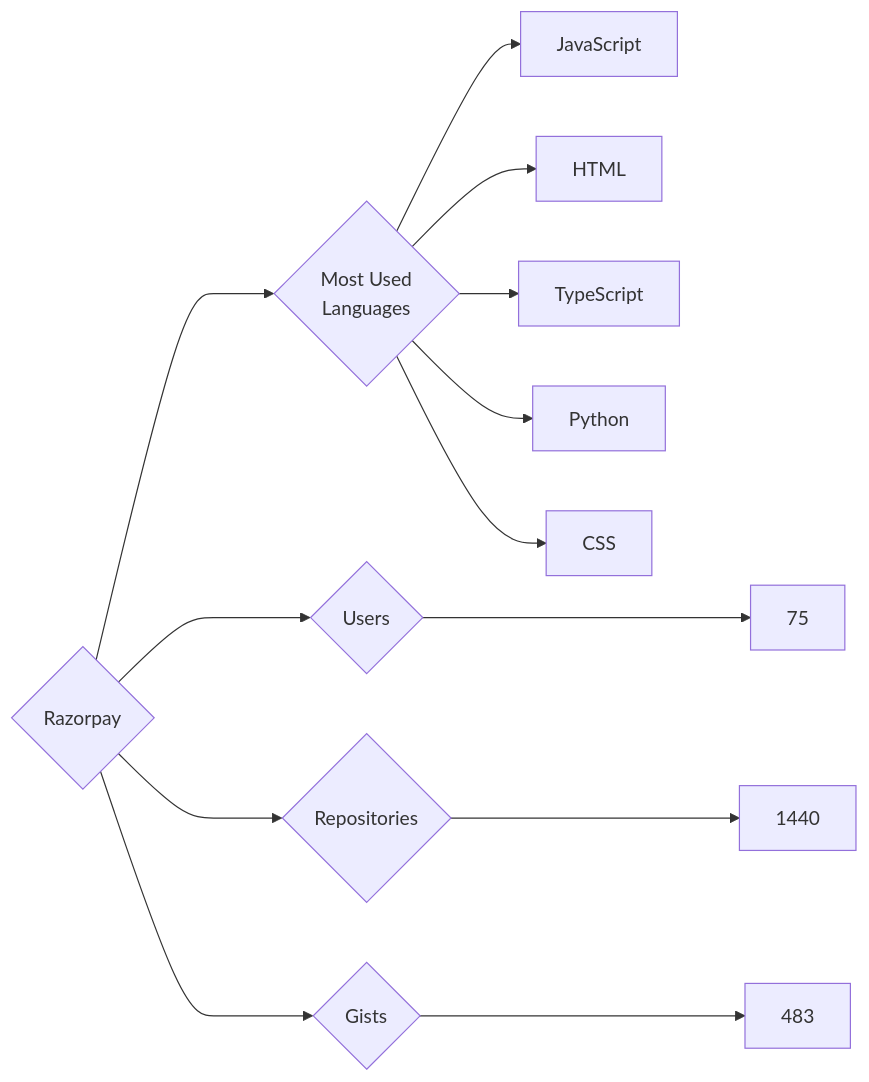
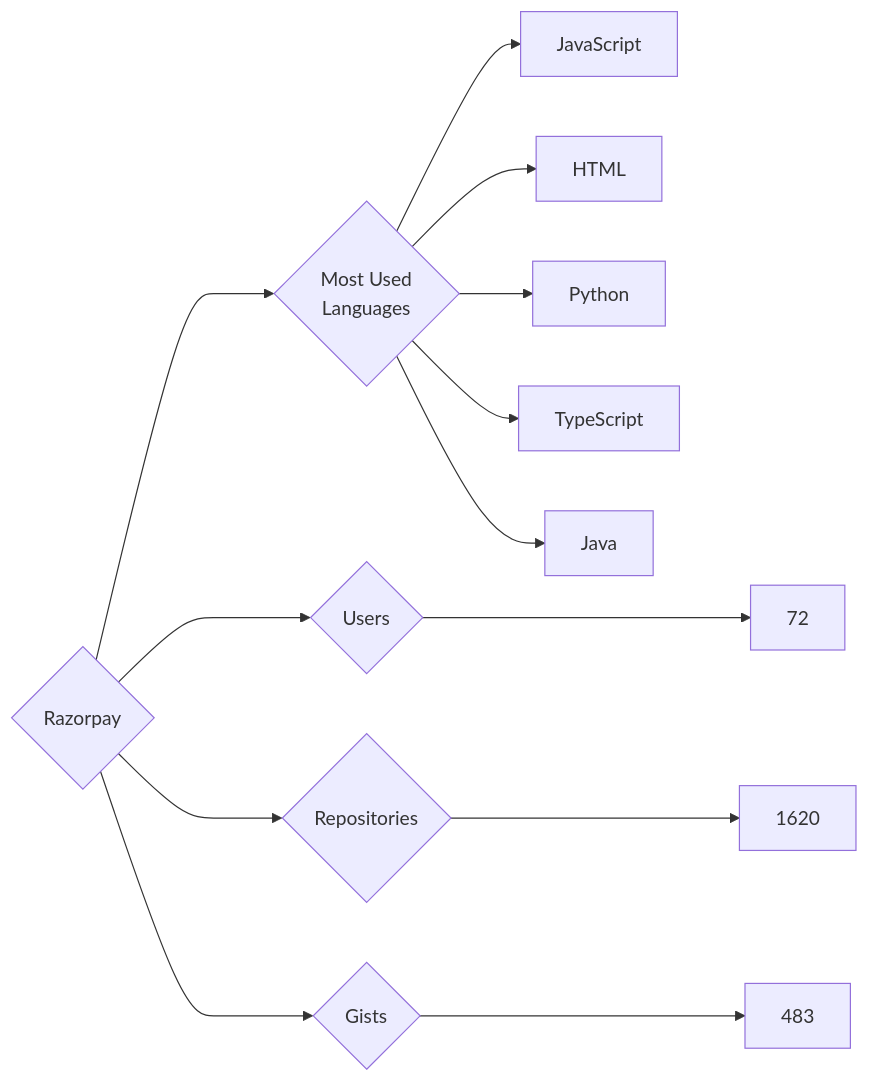
One commit to trickest/insiders changed the diagram in targets/Razorpay/README.md. Above: the diagram before and after it, drawn with Mermaid. The commit also changed 895 other files, not shown here.

````diff
--- a/targets/Razorpay/README.md
+++ b/targets/Razorpay/README.md
@@ -3,13 +3,13 @@
 ```mermaid
 graph LR
 COMPANY_NAME{Razorpay}
-COMPANY_NAME ---> U{Users} ---> UN[75]
-COMPANY_NAME ---> R{Repositories} ---> RN[1440]
+COMPANY_NAME ---> U{Users} ---> UN[72]
+COMPANY_NAME ---> R{Repositories} ---> RN[1620]
 COMPANY_NAME ---> G{Gists} ---> GN[483]
 COMPANY_NAME ---> ML{Most Used<br>Languages}
 ML --> JavaScript[JavaScript]
 ML --> HTML[HTML]
+ML --> Python[Python]
 ML --> TypeScript[TypeScript]
-ML --> Python[Python]
-ML --> CSS[CSS]
+ML --> Java[Java]
 ```
````
